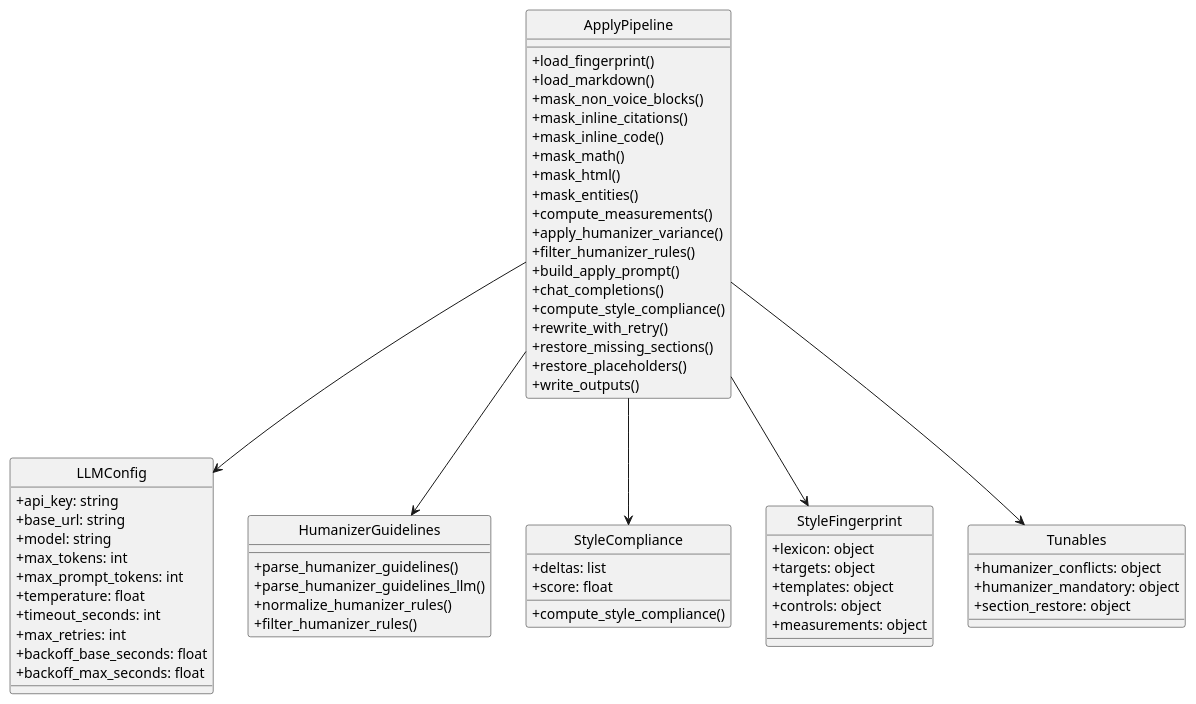
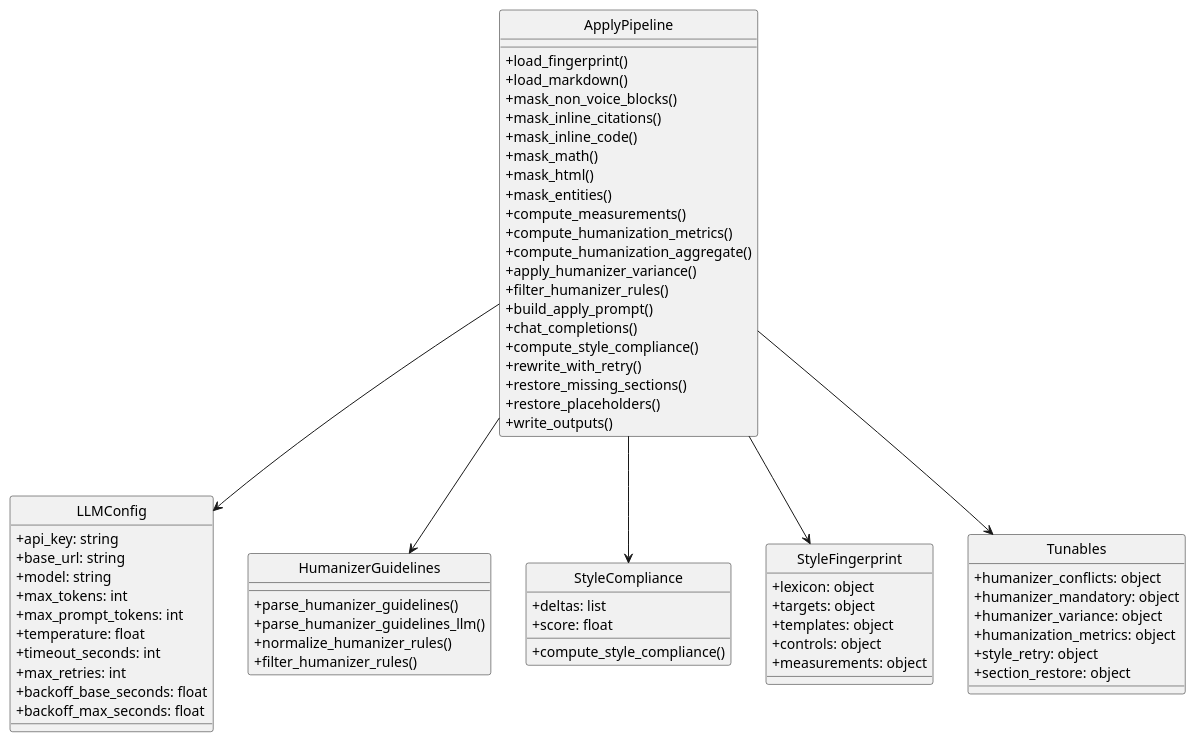
The first of 3 diagrams in UML-Apply.md (ngpepin/stylometric-transfer), drawn with PlantUML before and after one commit. The commit also changed other lines of this file and 7 other files, not shown here.

Commit message:
feat: add humanization metrics and aggregate scoring for improved style compliance

````diff
--- a/UML-Apply.md
+++ b/UML-Apply.md
@@ -7,73 +7,78 @@
 ```plantuml
 @startuml
 skinparam style strictuml
 skinparam classAttributeIconSize 0
 
 class LLMConfig {
   +api_key: string
   +base_url: string
   +model: string
   +max_tokens: int
   +max_prompt_tokens: int
   +temperature: float
   +timeout_seconds: int
   +max_retries: int
   +backoff_base_seconds: float
   +backoff_max_seconds: float
 }
 
 class ApplyPipeline {
   +load_fingerprint()
   +load_markdown()
   +mask_non_voice_blocks()
   +mask_inline_citations()
   +mask_inline_code()
   +mask_math()
   +mask_html()
   +mask_entities()
   +compute_measurements()
+  +compute_humanization_metrics()
+  +compute_humanization_aggregate()
   +apply_humanizer_variance()
   +filter_humanizer_rules()
   +build_apply_prompt()
   +chat_completions()
   +compute_style_compliance()
   +rewrite_with_retry()
   +restore_missing_sections()
   +restore_placeholders()
   +write_outputs()
 }
 
 class HumanizerGuidelines {
   +parse_humanizer_guidelines()
   +parse_humanizer_guidelines_llm()
   +normalize_humanizer_rules()
   +filter_humanizer_rules()
 }
 
 class StyleCompliance {
   +compute_style_compliance()
   +deltas: list
   +score: float
 }
 
 class StyleFingerprint {
   +lexicon: object
   +targets: object
   +templates: object
   +controls: object
   +measurements: object
 }
 
 class Tunables {
   +humanizer_conflicts: object
   +humanizer_mandatory: object
+  +humanizer_variance: object
+  +humanization_metrics: object
+  +style_retry: object
   +section_restore: object
 }
 
 ApplyPipeline --> LLMConfig
 ApplyPipeline --> StyleFingerprint
 ApplyPipeline --> HumanizerGuidelines
 ApplyPipeline --> StyleCompliance
 ApplyPipeline --> Tunables
 @enduml
 ```
````
